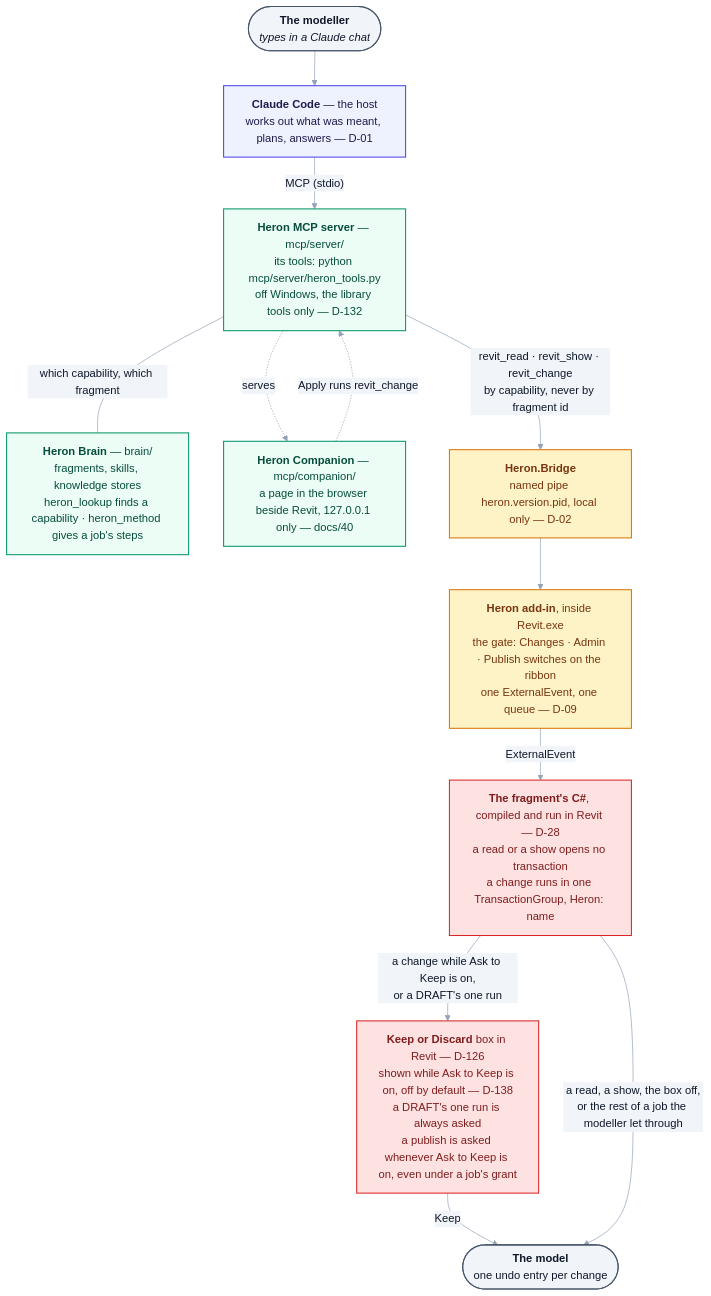
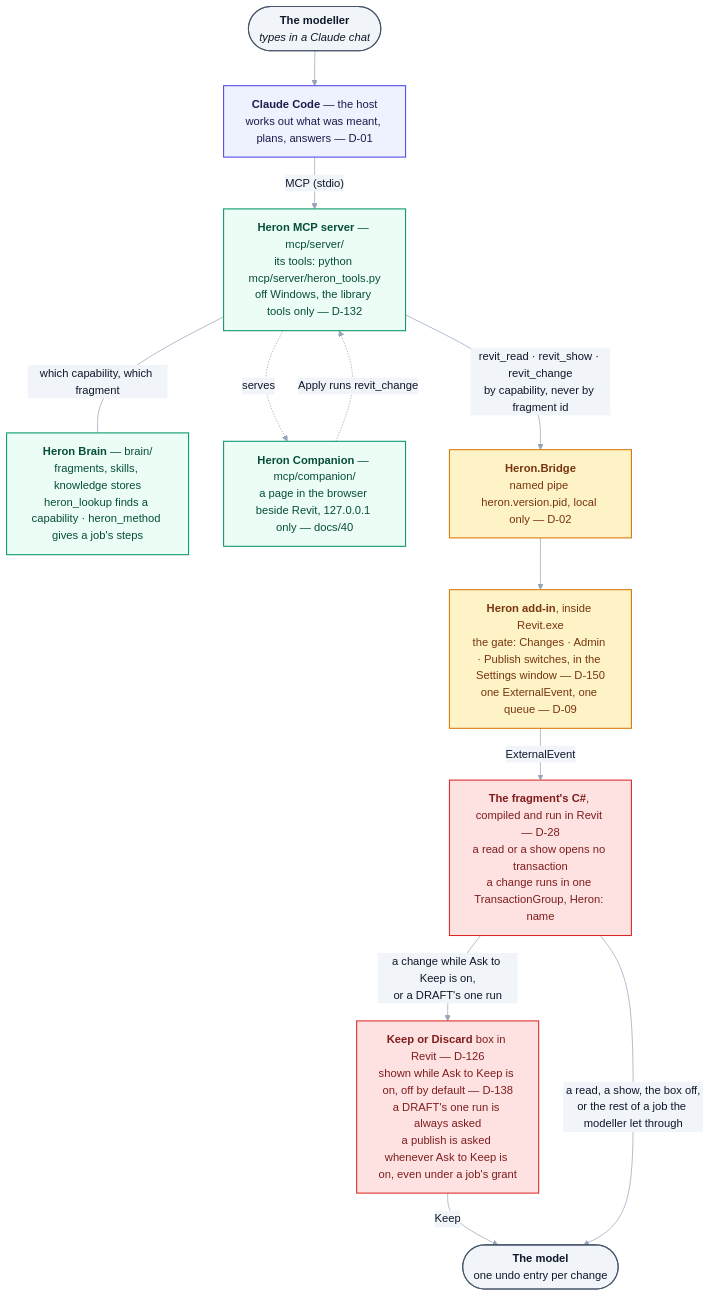
Before and after one commit to Ajmalpshaik/Heron-AI: the third of 3 diagrams in docs/02-architecture-overview.md, drawn with Mermaid. The commit also changed other lines of this file and 14 other files, not shown here.

````diff
--- a/docs/02-architecture-overview.md
+++ b/docs/02-architecture-overview.md
@@ -259,37 +259,37 @@
 ```mermaid
 %%{init: {"themeVariables": {"edgeLabelBackground":"#F1F5F9","lineColor":"#94A3B8","textColor":"#0F172A","tertiaryTextColor":"#0F172A"}}}%%
 flowchart TD
     MO(["<b>The modeller</b><br/><i>types in a Claude chat</i>"])
     CC["<b>Claude Code</b> — the host<br/>works out what was meant, plans, answers — D-01"]
     MS["<b>Heron MCP server</b> — mcp/server/<br/>its tools: python mcp/server/heron_tools.py<br/>off Windows, the library tools only — D-132"]
     BR["<b>Heron Brain</b> — brain/<br/>fragments, skills, knowledge stores<br/>heron_lookup finds a capability · heron_method gives a job's steps"]
     CP["<b>Heron Companion</b> — mcp/companion/<br/>a page in the browser beside Revit, 127.0.0.1 only — docs/40"]
     BG["<b>Heron.Bridge</b><br/>named pipe heron.version.pid, local only — D-02"]
-    AD["<b>Heron add-in</b>, inside Revit.exe<br/>the gate: Changes · Admin · Publish switches on the ribbon<br/>one ExternalEvent, one queue — D-09"]
+    AD["<b>Heron add-in</b>, inside Revit.exe<br/>the gate: Changes · Admin · Publish switches, in the Settings window — D-150<br/>one ExternalEvent, one queue — D-09"]
     RF["<b>The fragment's C#</b>, compiled and run in Revit — D-28<br/>a read or a show opens no transaction<br/>a change runs in one TransactionGroup, Heron: name"]
     KQ["<b>Keep or Discard</b> box in Revit — D-126<br/>shown while Ask to Keep is on, off by default — D-138<br/>a DRAFT's one run is always asked<br/>a publish is asked whenever Ask to Keep is on, even under a job's grant"]
     MD(["<b>The model</b><br/>one undo entry per change"])
 
     MO --> CC
     CC -->|"MCP (stdio)"| MS
     MS ---|"which capability, which fragment"| BR
     MS -->|"revit_read · revit_show · revit_change<br/>by capability, never by fragment id"| BG
     BG --> AD
     AD -->|"ExternalEvent"| RF
     RF -->|"a change while Ask to Keep is on,<br/>or a DRAFT's one run"| KQ
     KQ -->|"Keep"| MD
     RF -->|"a read, a show, the box off,<br/>or the rest of a job the modeller let through"| MD
     MS -.->|"serves"| CP
     CP -.->|"Apply runs revit_change"| MS
 
     classDef user fill:#F1F5F9,stroke:#475569,stroke-width:1.5px,color:#0F172A
     classDef host fill:#EEF2FF,stroke:#4F46E5,stroke-width:1.5px,color:#1E1B4B
     classDef brain fill:#ECFDF5,stroke:#059669,stroke-width:1.5px,color:#064E3B
     classDef addin fill:#FEF3C7,stroke:#D97706,stroke-width:1.5px,color:#78350F
     classDef revit fill:#FEE2E2,stroke:#DC2626,stroke-width:1.5px,color:#7F1D1D
     class MO,MD user
     class CC host
     class MS,BR,CP brain
     class BG,AD addin
     class RF,KQ revit
 ```
````
